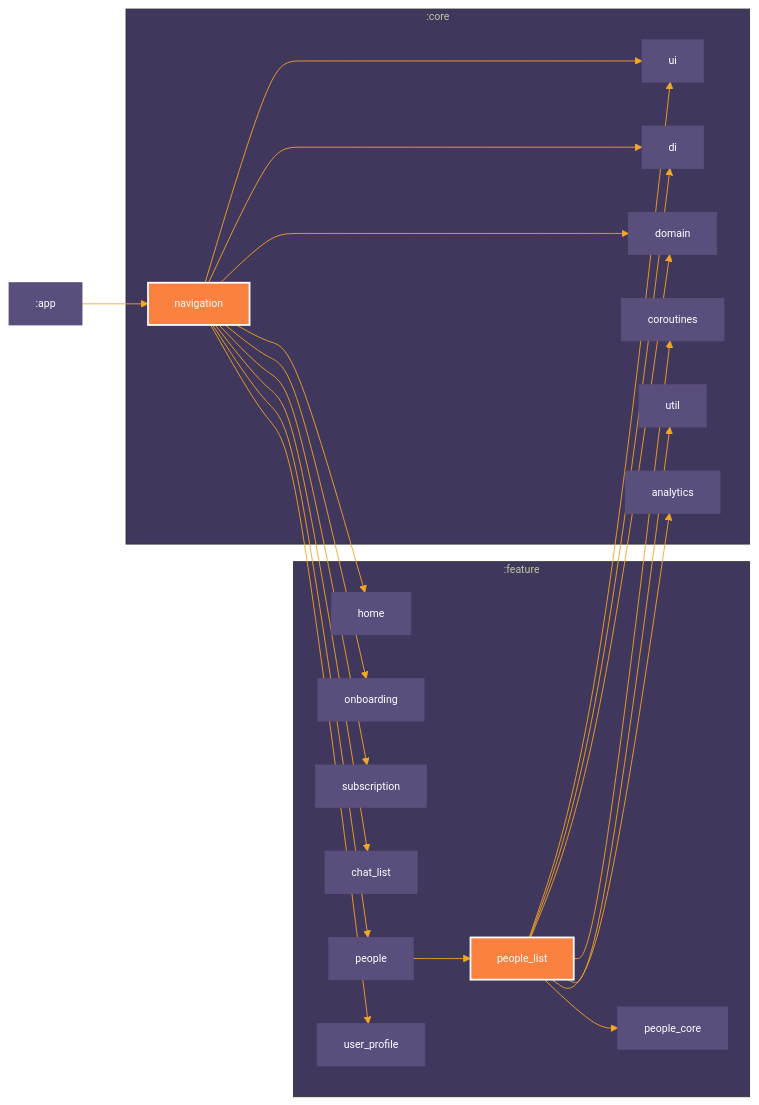
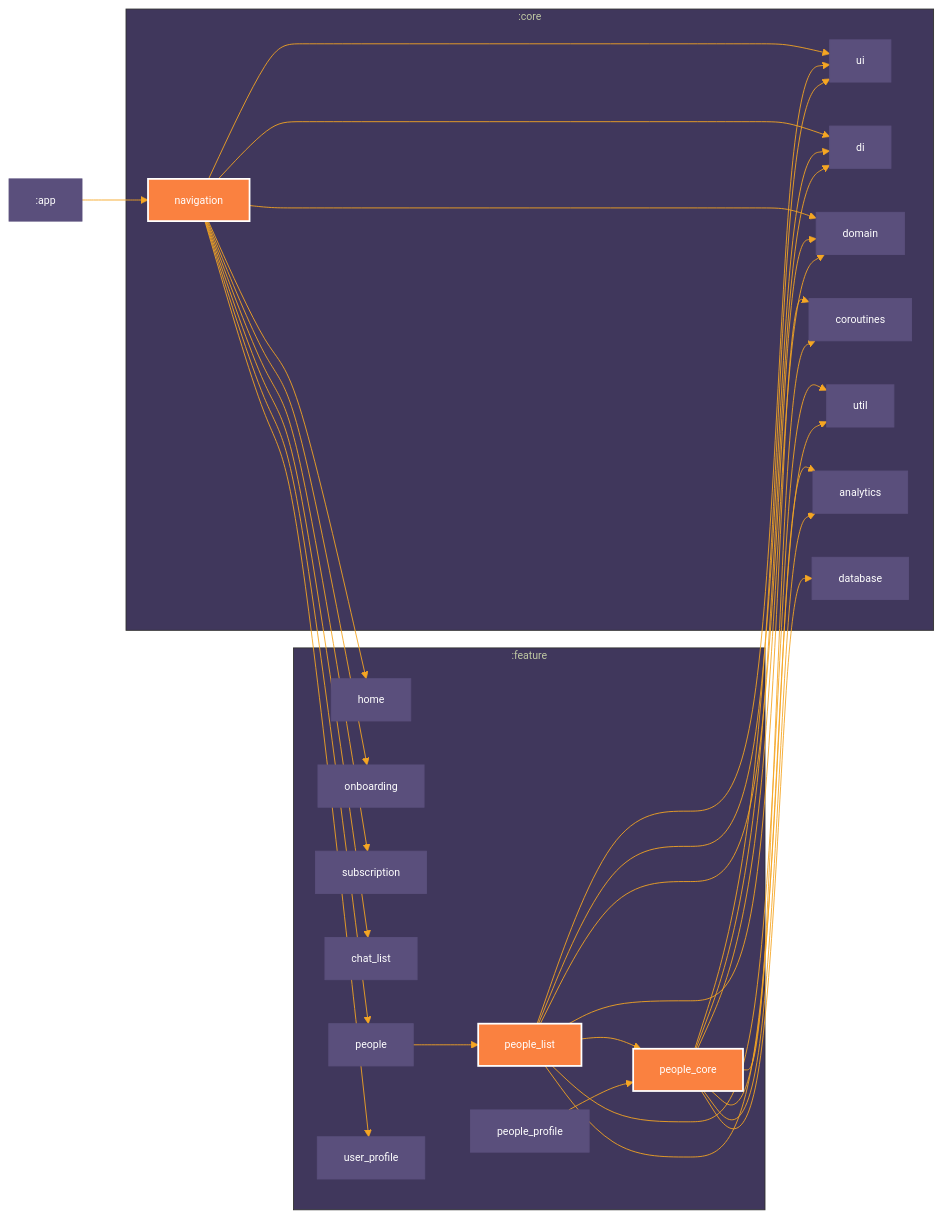
Before and after one commit to mobiledevpro/closetalk.app: the diagram in README.md, drawn with Mermaid. The commit also changed 1 other file, not shown here.

Commit message:
Updated config

````diff
--- a/README.md
+++ b/README.md
@@ -98,51 +98,62 @@
 ```mermaid
 %%{
   init: {
     'theme': 'base',
     'themeVariables': {"primaryTextColor":"#fff","primaryColor":"#5a4f7c","primaryBorderColor":"#5a4f7c","lineColor":"#f5a623","tertiaryColor":"#40375c","fontSize":"12px"}
   }
 }%%
 
 graph LR
   subgraph :core
     :core:navigation["navigation"]
     :core:ui["ui"]
     :core:di["di"]
     :core:domain["domain"]
     :core:coroutines["coroutines"]
     :core:util["util"]
     :core:analytics["analytics"]
+    :core:database["database"]
   end
   subgraph :feature
     :feature:home["home"]
     :feature:onboarding["onboarding"]
     :feature:subscription["subscription"]
     :feature:chat_list["chat_list"]
     :feature:people["people"]
     :feature:user_profile["user_profile"]
     :feature:people_list["people_list"]
     :feature:people_core["people_core"]
+    :feature:people_profile["people_profile"]
   end
   :core:navigation --> :core:ui
   :core:navigation --> :core:di
   :core:navigation --> :core:domain
   :core:navigation --> :feature:home
   :core:navigation --> :feature:onboarding
   :core:navigation --> :feature:subscription
   :core:navigation --> :feature:chat_list
   :core:navigation --> :feature:people
   :core:navigation --> :feature:user_profile
   :feature:people_list --> :core:ui
   :feature:people_list --> :core:di
   :feature:people_list --> :core:domain
   :feature:people_list --> :core:coroutines
   :feature:people_list --> :core:util
   :feature:people_list --> :core:analytics
   :feature:people_list --> :feature:people_core
+  :feature:people_core --> :core:database
+  :feature:people_core --> :core:ui
+  :feature:people_core --> :core:di
+  :feature:people_core --> :core:domain
+  :feature:people_core --> :core:coroutines
+  :feature:people_core --> :core:util
+  :feature:people_core --> :core:analytics
   :app --> :core:navigation
   :feature:people --> :feature:people_list
+  :feature:people_profile --> :feature:people_core
 
 classDef focus fill:#FA8140,stroke:#fff,stroke-width:2px,color:#fff;
 class :core:navigation focus
 class :feature:people_list focus
+class :feature:people_core focus
 ```
````
